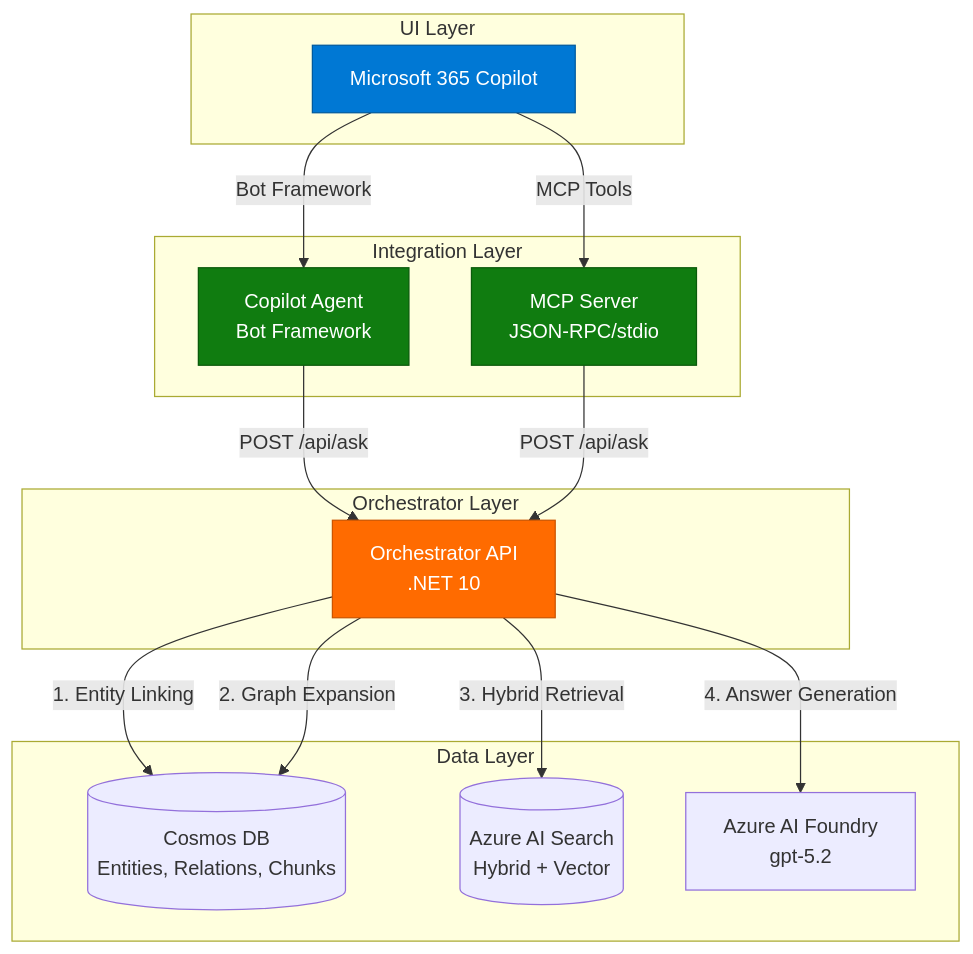
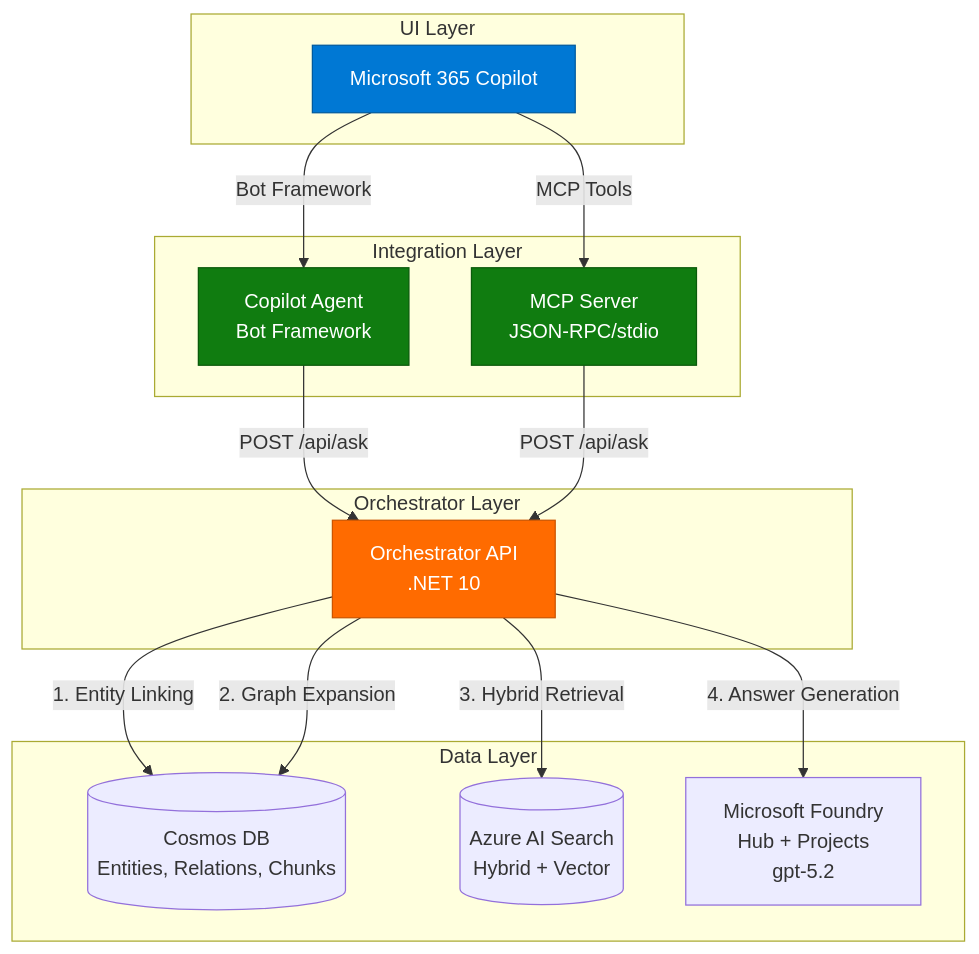
The first of 2 diagrams in README.md (sujithq/microsoft-copilot-demo), drawn with Mermaid before and after one commit. The commit also changed other lines of this file and 12 other files, not shown here.

Commit message:
Rebrand to Microsoft Foundry with hub-project architecture and az cli provisioning

````diff
--- a/README.md
+++ b/README.md
@@ -9,36 +9,36 @@
 ```mermaid
 graph TB
     subgraph "UI Layer"
         M365[Microsoft 365 Copilot]
     end
     
     subgraph "Integration Layer"
         Agent[Copilot Agent<br/>Bot Framework]
         MCP[MCP Server<br/>JSON-RPC/stdio]
     end
     
     subgraph "Orchestrator Layer"
         Orch[Orchestrator API<br/>.NET 10]
     end
     
     subgraph "Data Layer"
         Cosmos[(Cosmos DB<br/>Entities, Relations, Chunks)]
         Search[(Azure AI Search<br/>Hybrid + Vector)]
-        OpenAI[Azure AI Foundry<br/>gpt-5.2]
+        Foundry[Microsoft Foundry<br/>Hub + Projects<br/>gpt-5.2]
     end
     
     M365 -->|Bot Framework| Agent
     M365 -->|MCP Tools| MCP
     Agent -->|POST /api/ask| Orch
     MCP -->|POST /api/ask| Orch
     
     Orch -->|1. Entity Linking| Cosmos
     Orch -->|2. Graph Expansion| Cosmos
     Orch -->|3. Hybrid Retrieval| Search
-    Orch -->|4. Answer Generation| OpenAI
+    Orch -->|4. Answer Generation| Foundry
     
     style M365 fill:#0078d4,stroke:#005a9e,color:#fff
     style Agent fill:#107c10,stroke:#0b5a0b,color:#fff
     style MCP fill:#107c10,stroke:#0b5a0b,color:#fff
     style Orch fill:#ff6b00,stroke:#cc5500,color:#fff
 ```
````
